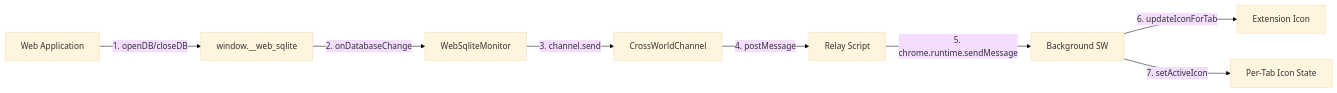
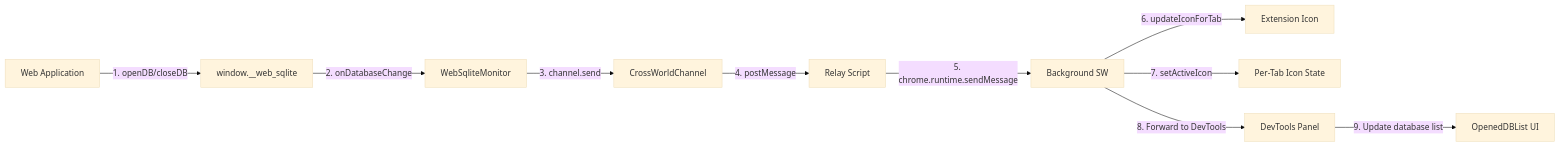
One commit to wuchuheng/web-sqlite-js-devtools changed diagram 11 of 16 in agent-docs/03-architecture/02-dataflow.md. Above: the diagram before and after it, drawn with Mermaid (base theme). The commit also changed other lines of this file and 32 other files, not shown here.

````diff
--- a/agent-docs/03-architecture/02-dataflow.md
+++ b/agent-docs/03-architecture/02-dataflow.md
@@ -315,10 +413,12 @@
 ```mermaid
 flowchart LR
     App[Web Application] -->|1. openDB/closeDB| API[window.__web_sqlite]
     API -->|2. onDatabaseChange| Monitor[WebSqliteMonitor]
     Monitor -->|3. channel.send| Channel[CrossWorldChannel]
     Channel -->|4. postMessage| Relay[Relay Script]
     Relay -->|5. chrome.runtime.sendMessage| BG[Background SW]
     BG -->|6. updateIconForTab| Icon[Extension Icon]
     BG -->|7. setActiveIcon| State[Per-Tab Icon State]
+    BG -->|8. Forward to DevTools| Panel[DevTools Panel]
+    Panel -->|9. Update database list| UI[OpenedDBList UI]
 ```
````
